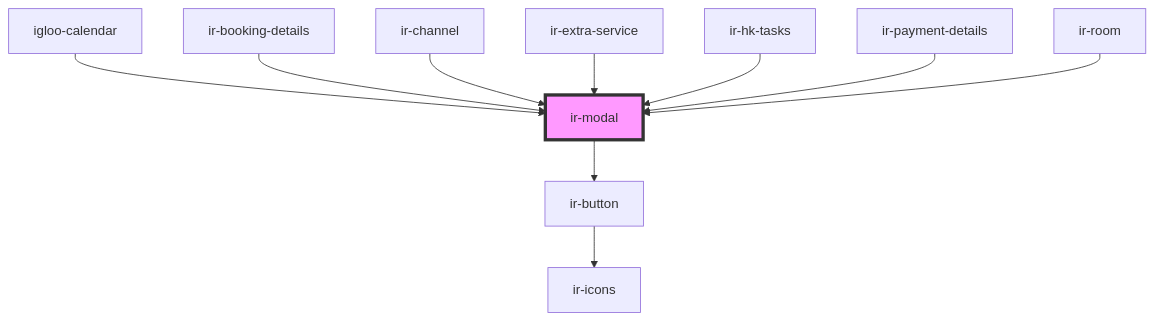
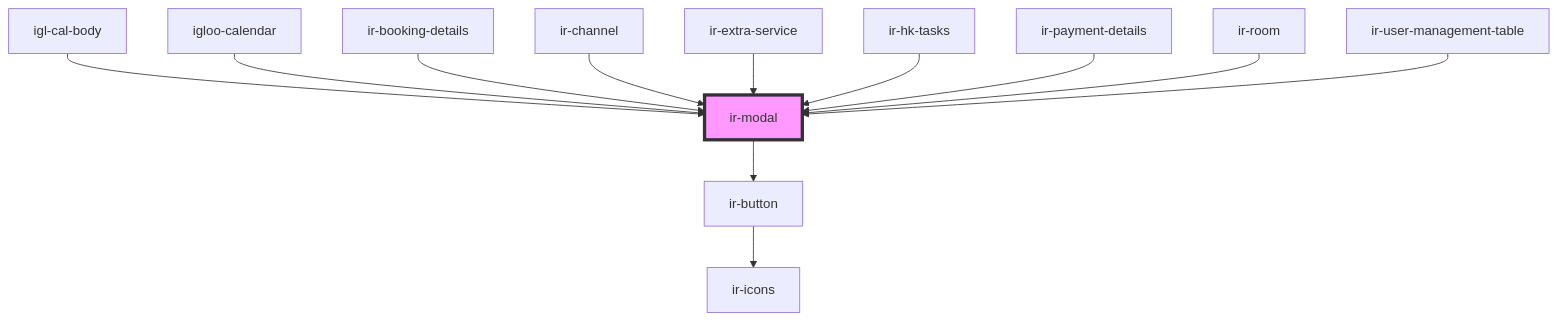
One commit to RonyRizk/ir-webcmp changed the diagram in src/components/ui/ir-modal/readme.md. Above: the diagram before and after it, drawn with Mermaid. The commit also changed other lines of this file and 293 other files, not shown here.

````diff
--- a/src/components/ui/ir-modal/readme.md
+++ b/src/components/ui/ir-modal/readme.md
@@ -76,13 +79,15 @@
 ```mermaid
 graph TD;
   ir-modal --> ir-button
   ir-button --> ir-icons
+  igl-cal-body --> ir-modal
   igloo-calendar --> ir-modal
   ir-booking-details --> ir-modal
   ir-channel --> ir-modal
   ir-extra-service --> ir-modal
   ir-hk-tasks --> ir-modal
   ir-payment-details --> ir-modal
   ir-room --> ir-modal
+  ir-user-management-table --> ir-modal
   style ir-modal fill:#f9f,stroke:#333,stroke-width:4px
 ```
````
